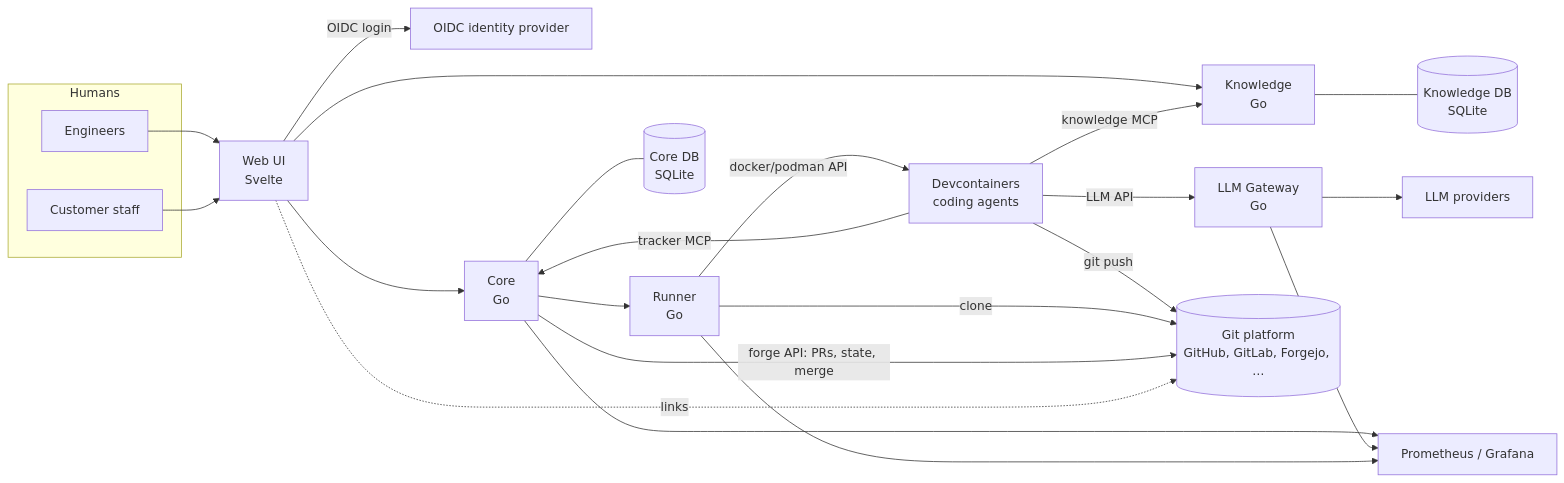
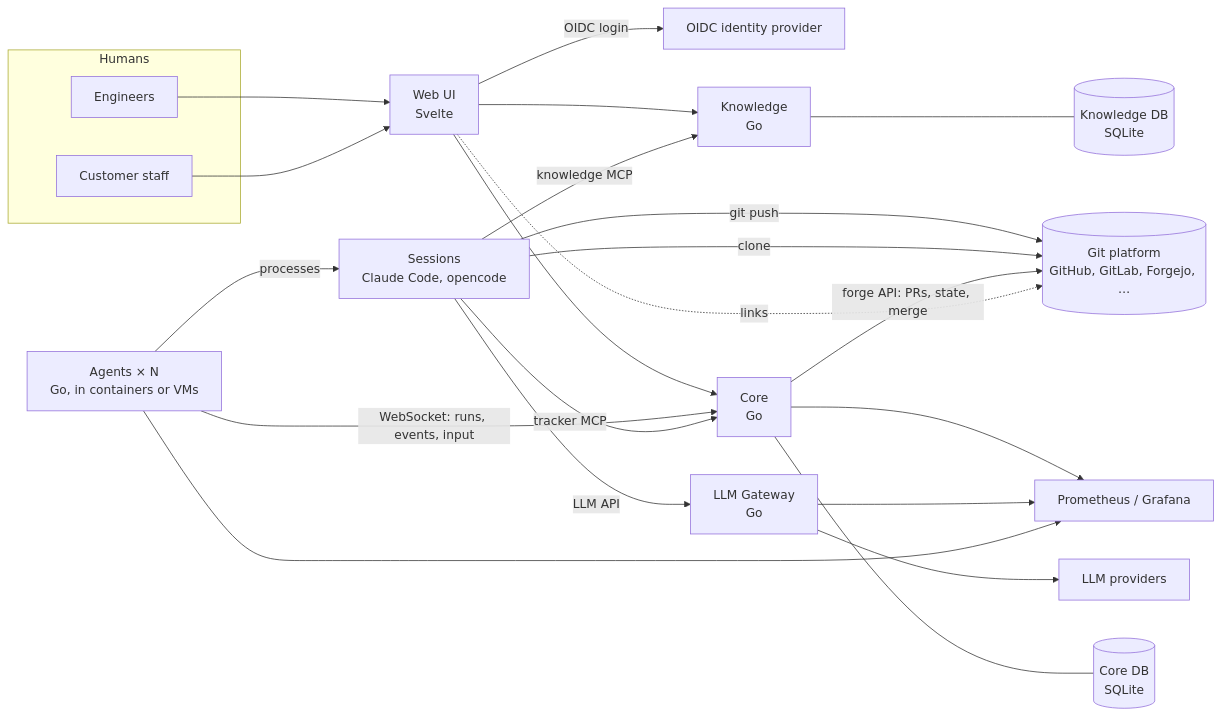
The diagram in docs/architecture/overview.rst (denyszorinets/ballet), drawn with Mermaid before and after one commit. The commit also changed other lines of this file and 62 other files, not shown here.

```diff
--- a/docs/architecture/overview.rst
+++ b/docs/architecture/overview.rst
@@ -15,36 +7,36 @@
 .. mermaid::
 
    flowchart LR
      subgraph Humans
        ENG[Engineers]
        CUST[Customer staff]
      end
      IDP[OIDC identity provider]
      UI[Web UI<br/>Svelte]
      CORE[Core<br/>Go]
      KN[Knowledge<br/>Go]
-     RUN[Runner<br/>Go]
+     AG[Agents × N<br/>Go, in containers or VMs]
      GW[LLM Gateway<br/>Go]
      CDB[(Core DB<br/>SQLite)]
      KDB[(Knowledge DB<br/>SQLite)]
-     CT[Devcontainers<br/>coding agents]
+     CT[Sessions<br/>Claude Code, opencode]
      GIT[(Git platform<br/>GitHub, GitLab, Forgejo, …)]
      LLM[LLM providers]
      PROM[Prometheus / Grafana]
 
      ENG & CUST --> UI
      UI -- OIDC login --> IDP
      UI --> CORE
      UI --> KN
      CORE --- CDB
      KN --- KDB
-     CORE --> RUN
-     RUN -- docker/podman API --> CT
+     AG -- WebSocket: runs, events, input --> CORE
+     AG -- processes --> CT
      CT -- tracker MCP --> CORE
      CT -- knowledge MCP --> KN
      CT -- LLM API --> GW --> LLM
      CT -- git push --> GIT
-     RUN -- clone --> GIT
+     CT -- clone --> GIT
      CORE -- forge API: PRs, state, merge --> GIT
      UI -. links .-> GIT
-     CORE & GW & RUN --> PROM
+     CORE & GW & AG --> PROM
```
